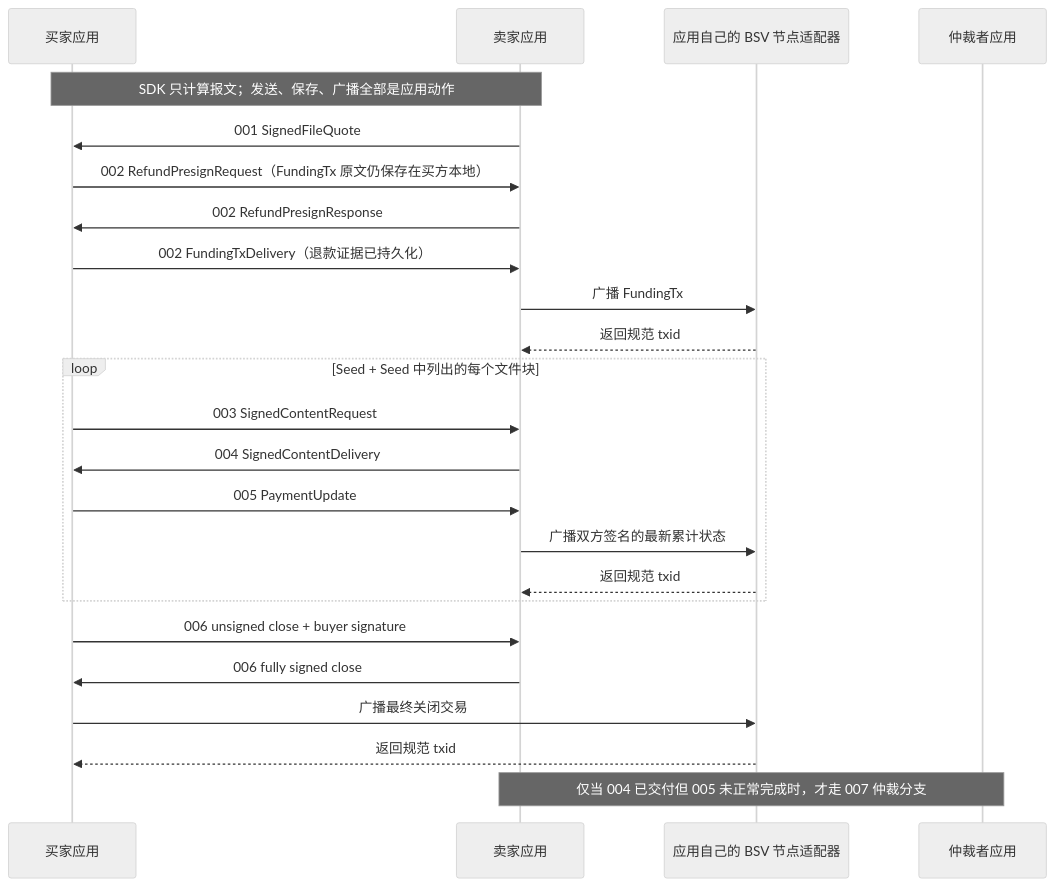
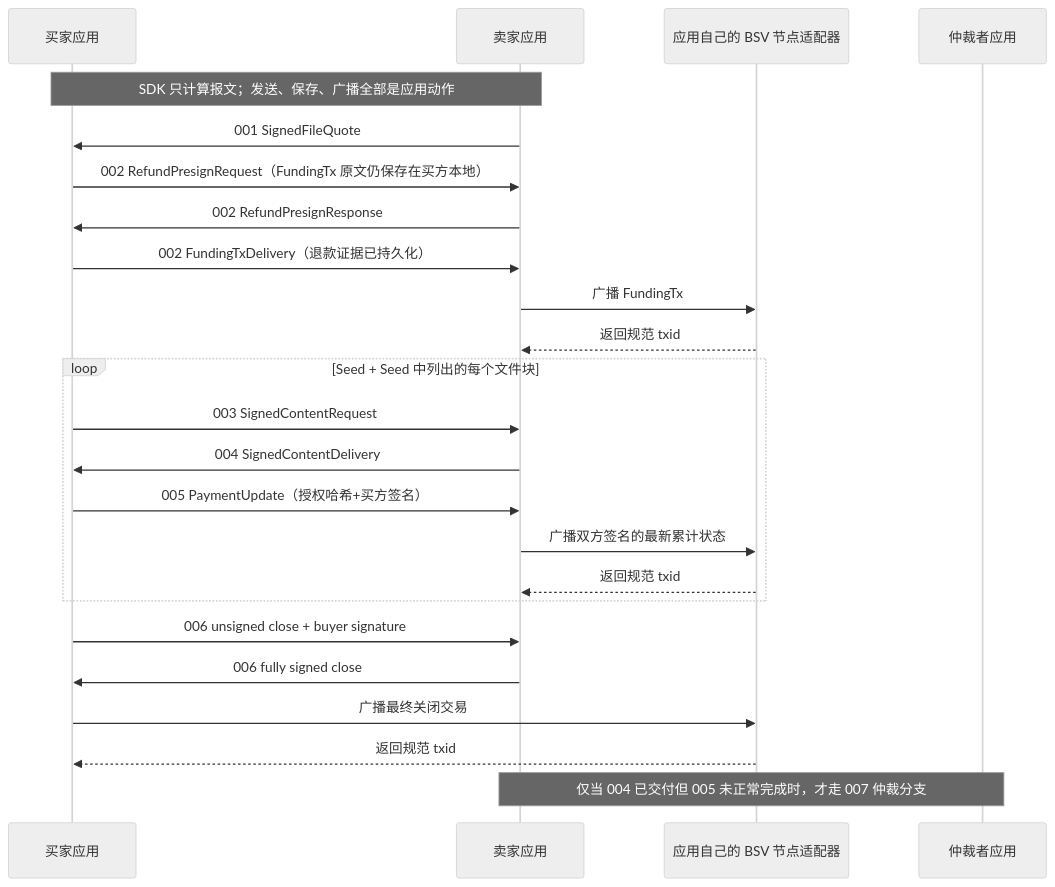
Before and after one commit to bsv8/go-bitfs: the diagram in docs/complete-file-purchase/README.md, drawn with Mermaid (neutral theme). The commit also changed other lines of this file and 48 other files, not shown here.

````diff
--- a/docs/complete-file-purchase/README.md
+++ b/docs/complete-file-purchase/README.md
@@ -27,30 +27,30 @@
 ```mermaid
 sequenceDiagram
     participant B as 买家应用
     participant S as 卖家应用
     participant N as 应用自己的 BSV 节点适配器
     participant A as 仲裁者应用
 
     Note over B,S: SDK 只计算报文；发送、保存、广播全部是应用动作
     S->>B: 001 SignedFileQuote
     B->>S: 002 RefundPresignRequest（FundingTx 原文仍保存在买方本地）
     S->>B: 002 RefundPresignResponse
     B->>S: 002 FundingTxDelivery（退款证据已持久化）
     S->>N: 广播 FundingTx
     N-->>S: 返回规范 txid
 
     loop Seed + Seed 中列出的每个文件块
         B->>S: 003 SignedContentRequest
         S->>B: 004 SignedContentDelivery
-        B->>S: 005 PaymentUpdate
+        B->>S: 005 PaymentUpdate（授权哈希+买方签名）
         S->>N: 广播双方签名的最新累计状态
         N-->>S: 返回规范 txid
     end
 
     B->>S: 006 unsigned close + buyer signature
     S->>B: 006 fully signed close
     B->>N: 广播最终关闭交易
     N-->>B: 返回规范 txid
 
     Note over S,A: 仅当 004 已交付但 005 未正常完成时，才走 007 仲裁分支
 ```
````
